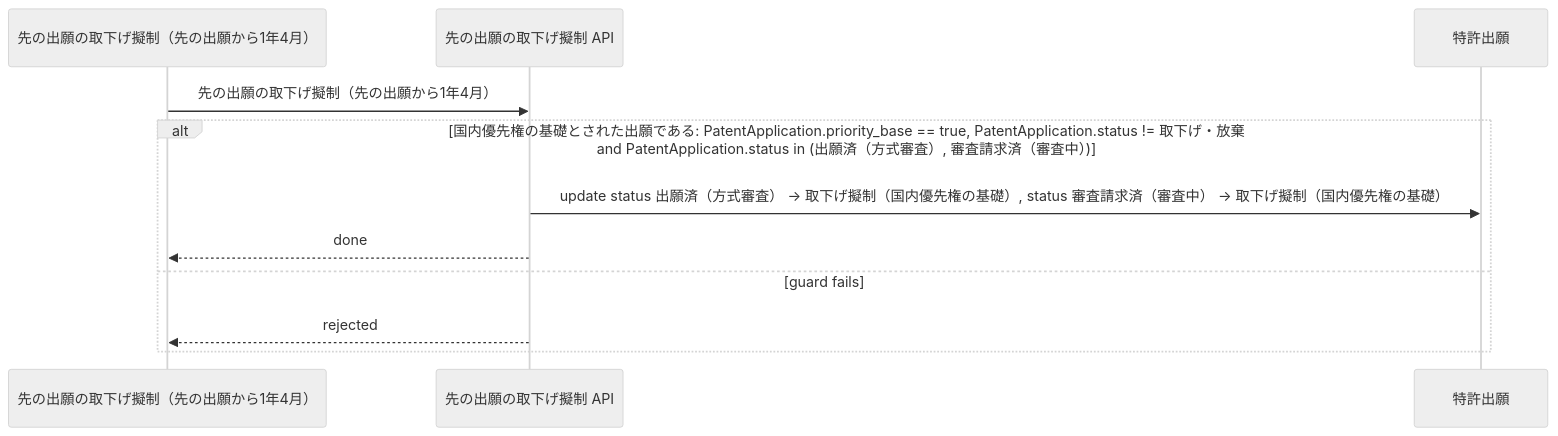
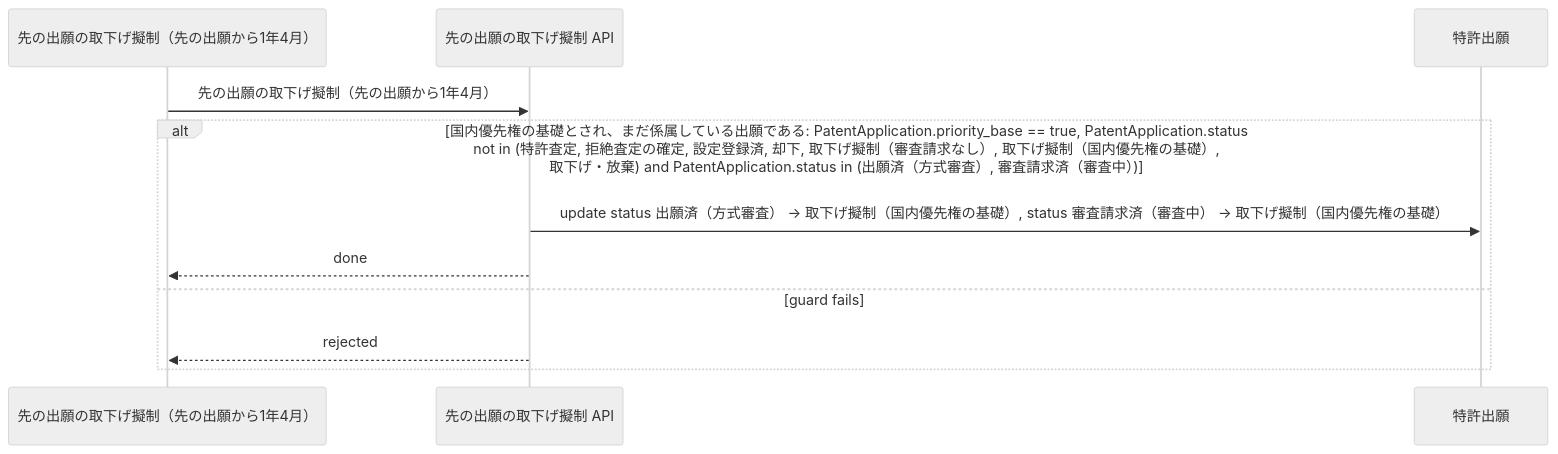
The diagram in samples/patent-ops/out/uc/sequence_DeemPriorityBaseWithdrawn.mmd (manji-0/rdra-ish-dsl), drawn with Mermaid (neutral theme) before and after one commit. The commit also changed 15 other files, not shown here.

First line of the commit message:
docs(samples): write patent-ops guards and rules with `in` / `not in`

```diff
--- a/samples/patent-ops/out/uc/sequence_DeemPriorityBaseWithdrawn.mmd
+++ b/samples/patent-ops/out/uc/sequence_DeemPriorityBaseWithdrawn.mmd
@@ -1,14 +1,14 @@
 %% rdra-ish diagram=sequence scope=usecase:DeemPriorityBaseWithdrawn model=samples/patent-ops
 %% kinds: timer api entity
 %% omitted: buc step condition
 sequenceDiagram
   participant timer__PriorityBaseDeadline as 先の出願の取下げ擬制（先の出願から1年4月）
   participant api__PriorityBaseApi as 先の出願の取下げ擬制 API
   participant entity__PatentApplication as 特許出願
   timer__PriorityBaseDeadline ->> api__PriorityBaseApi: 先の出願の取下げ擬制（先の出願から1年4月）
-  alt 国内優先権の基礎とされた出願である: PatentApplication.priority_base == true, PatentApplication.status != 取下げ・放棄 and PatentApplication.status in (出願済（方式審査）, 審査請求済（審査中）)
+  alt 国内優先権の基礎とされ、まだ係属している出願である: PatentApplication.priority_base == true, PatentApplication.status not in (特許査定, 拒絶査定の確定, 設定登録済, 却下, 取下げ擬制（審査請求なし）, 取下げ擬制（国内優先権の基礎）, 取下げ・放棄) and PatentApplication.status in (出願済（方式審査）, 審査請求済（審査中）)
     api__PriorityBaseApi ->> entity__PatentApplication: update status 出願済（方式審査） -> 取下げ擬制（国内優先権の基礎）, status 審査請求済（審査中） -> 取下げ擬制（国内優先権の基礎）
     api__PriorityBaseApi -->> timer__PriorityBaseDeadline: done
   else guard fails
     api__PriorityBaseApi -->> timer__PriorityBaseDeadline: rejected
   end
```
